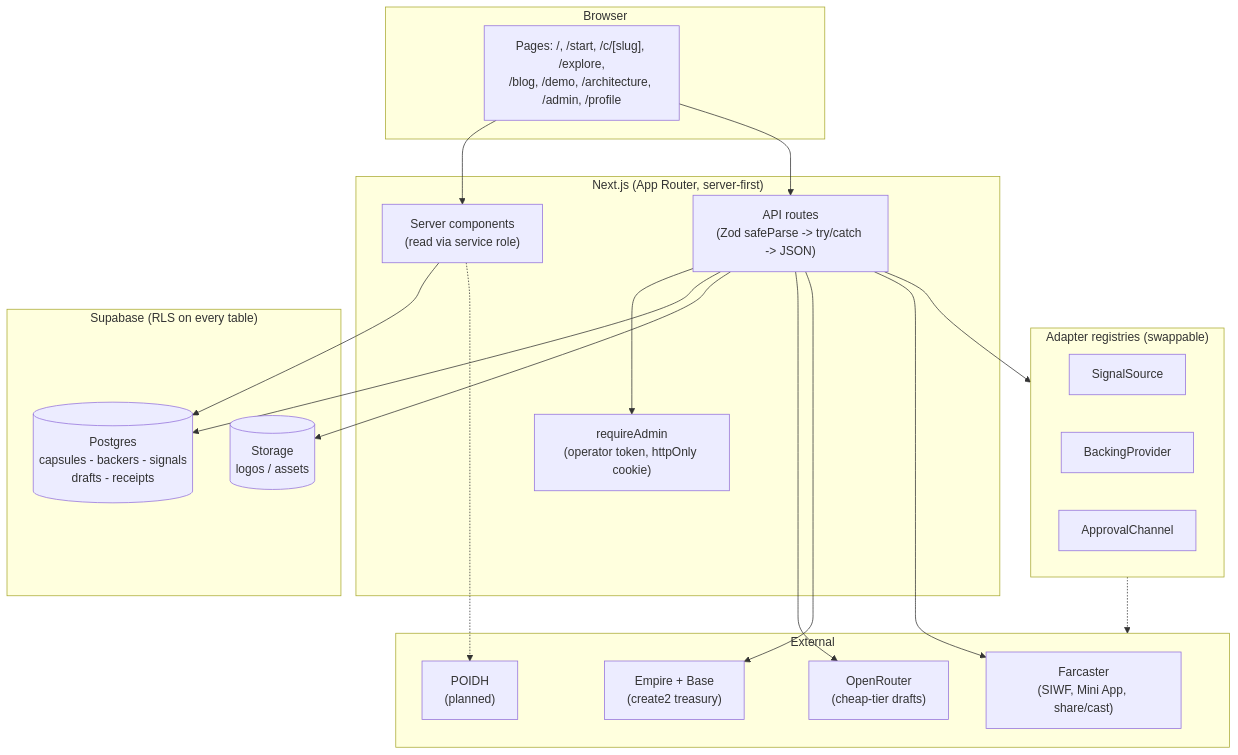
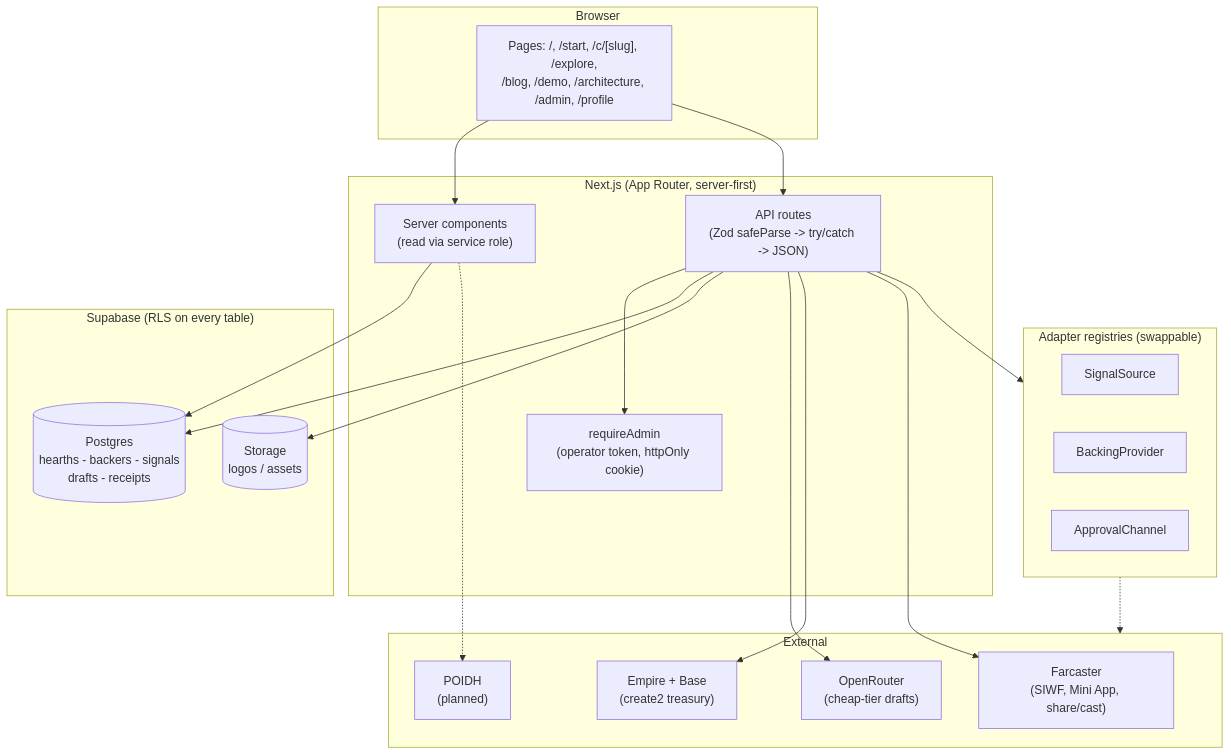
The second of 6 diagrams in README.md (bettercallzaal/sparkz), drawn with Mermaid before and after one commit. The commit also changed other lines of this file and 19 other files, not shown here.

````diff
--- a/README.md
+++ b/README.md
@@ -199,43 +200,43 @@
 ```mermaid
 flowchart TB
   subgraph Browser
     UI["Pages: /, /start, /c/[slug], /explore,<br/>/blog, /demo, /architecture, /admin, /profile"]
   end
 
   subgraph Next["Next.js (App Router, server-first)"]
     Pages["Server components<br/>(read via service role)"]
     API["API routes<br/>(Zod safeParse -> try/catch -> JSON)"]
     Auth["requireAdmin<br/>(operator token, httpOnly cookie)"]
   end
 
   subgraph Data["Supabase (RLS on every table)"]
-    DB[("Postgres<br/>capsules - backers - signals<br/>drafts - receipts")]
+    DB[("Postgres<br/>hearths - backers - signals<br/>drafts - receipts")]
     Store[("Storage<br/>logos / assets")]
   end
 
   subgraph Seams["Adapter registries (swappable)"]
     SS["SignalSource"]
     BP["BackingProvider"]
     AC["ApprovalChannel"]
   end
 
   subgraph Ext["External"]
     OR["OpenRouter<br/>(cheap-tier drafts)"]
     EM["Empire + Base<br/>(create2 treasury)"]
     FC["Farcaster<br/>(SIWF, Mini App, share/cast)"]
     PO["POIDH<br/>(planned)"]
   end
 
   UI --> Pages
   UI --> API
   API --> Auth
   Pages --> DB
   API --> DB
   API --> Store
   API --> Seams
   Seams -.-> Ext
   API --> OR
   API --> EM
   API --> FC
   Pages -.-> PO
 ```
````
